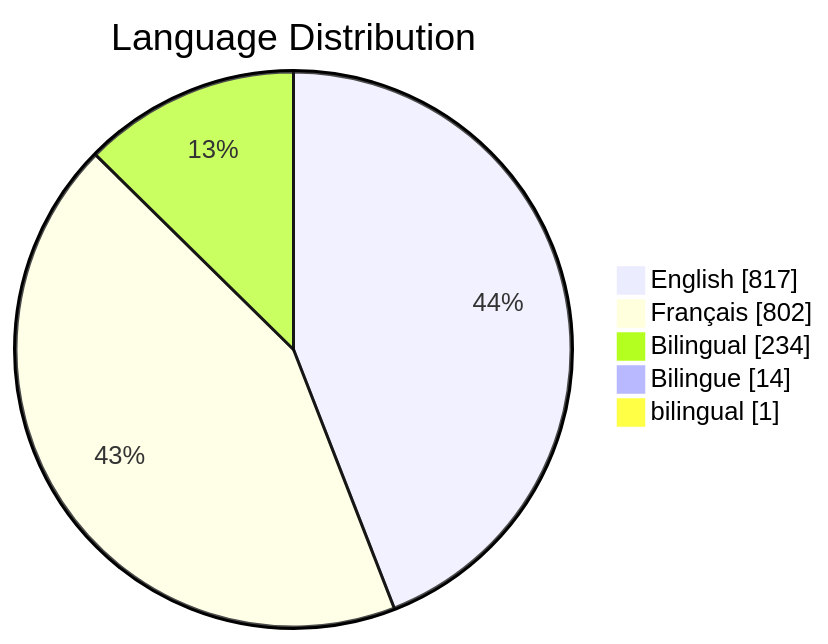
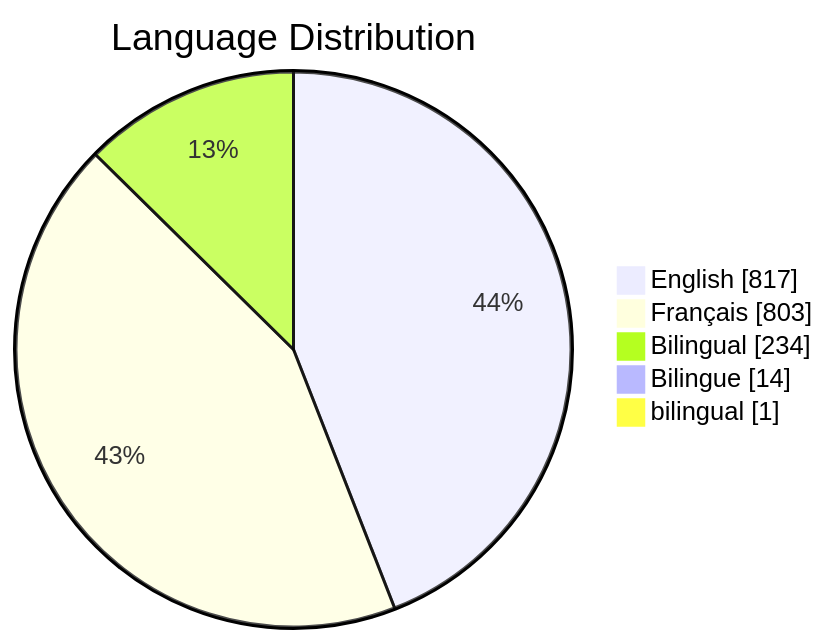
One commit to PatLittle/GC-Socials changed the fifth of 8 diagrams in README.md. Above: the diagram before and after it, drawn with Mermaid. The commit also changed other lines of this file, not shown here.

Commit message:
Update README with Platform Distribution pie chart

````diff
--- a/README.md
+++ b/README.md
@@ -160,8 +162,8 @@
 ```mermaid
 pie showData title Language Distribution
     "English": 817
-    "Français": 802
+    "Français": 803
     "Bilingual": 234
     "Bilingue": 14
     "bilingual": 1
 ```
````
